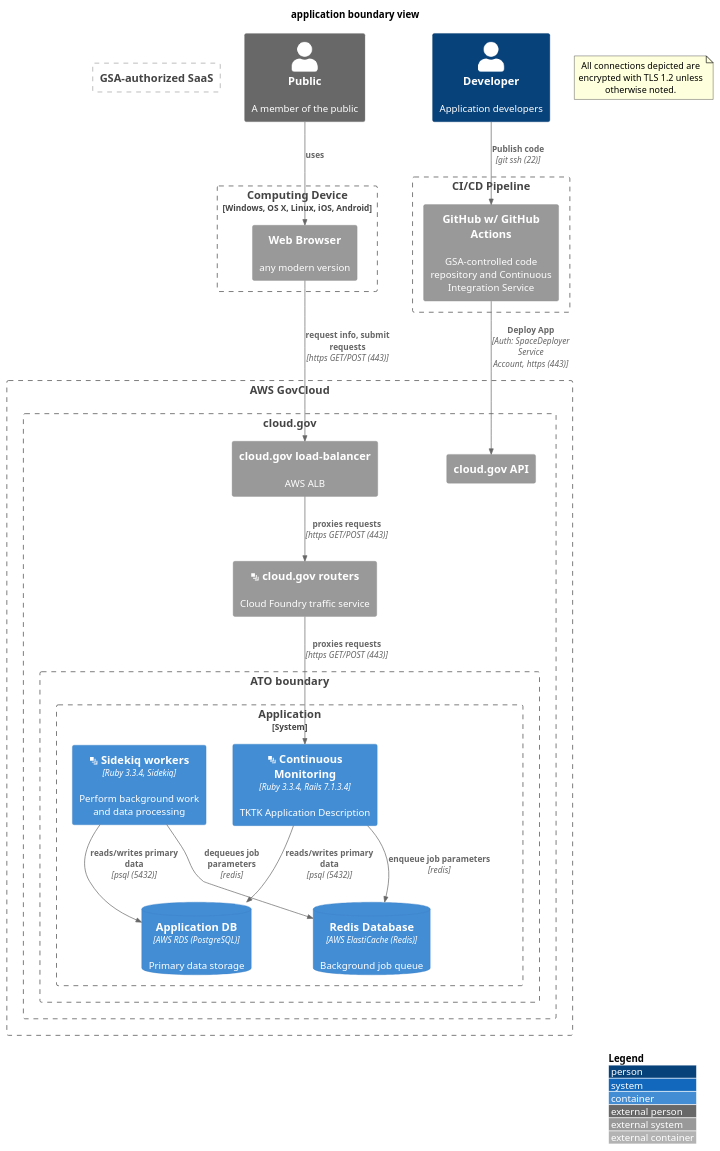
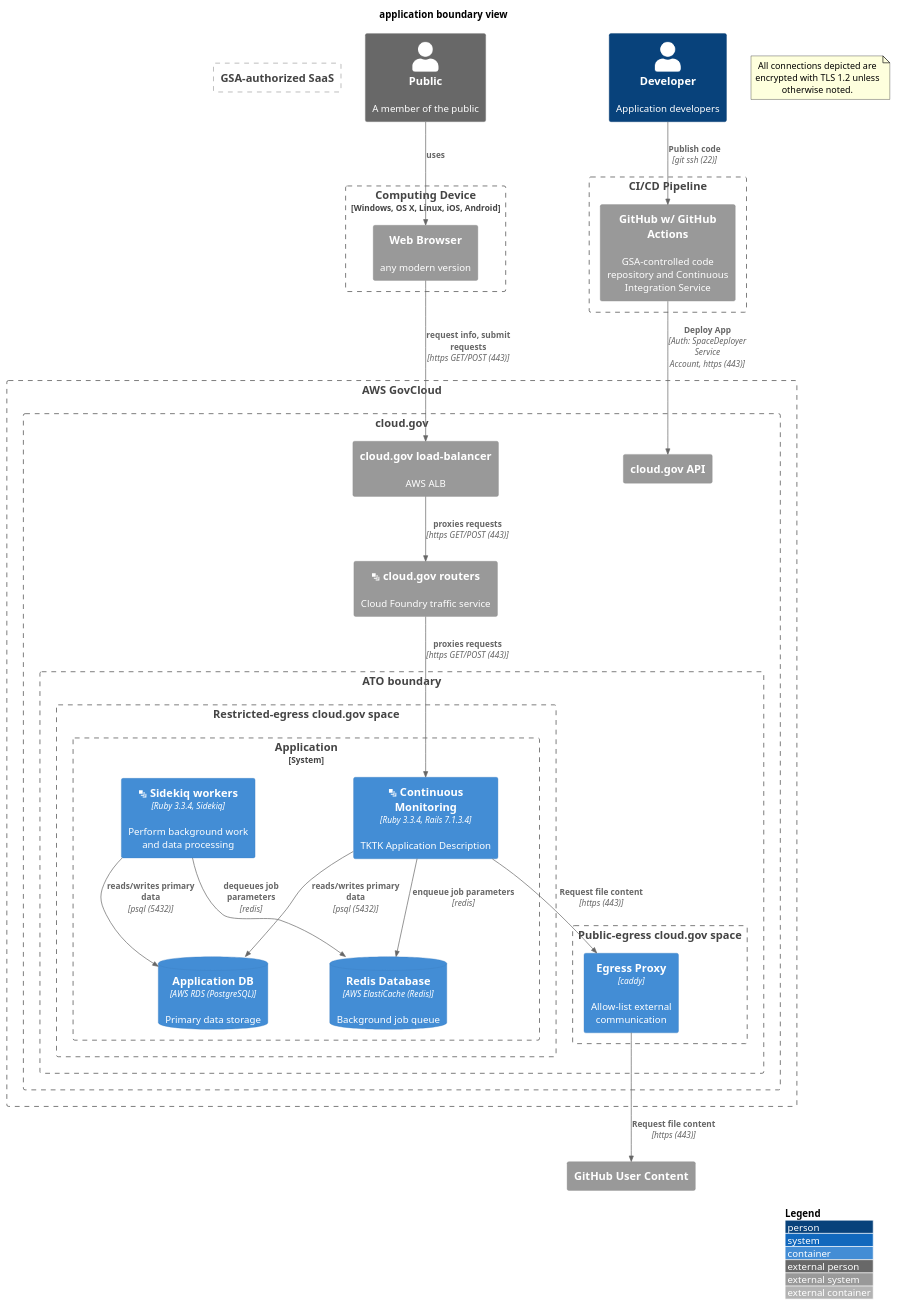
One commit to GSA-TTS/continuous-assessment-poc changed the diagram in doc/compliance/apps/application.boundary.md. Above: the diagram before and after it, drawn with PlantUML. The commit also changed other lines of this file and 9 other files, not shown here.

Commit message:
Deploy and configure egress proxy

````diff
--- a/doc/compliance/apps/application.boundary.md
+++ b/doc/compliance/apps/application.boundary.md
@@ -5,53 +5,64 @@
 ```plantuml
 @startuml
 !include https://raw.githubusercontent.com/plantuml-stdlib/C4-PlantUML/master/C4_Container.puml
 ' uncomment the following line and comment the first to use locally
 ' !include C4_Container.puml
 LAYOUT_WITH_LEGEND()
 title application boundary view
 
 Person_Ext(public, "Public", "A member of the public")
 Person(developer, "Developer", "Application developers")
 
 Boundary(device, "Computing Device", "Windows, OS X, Linux, iOS, Android"){
     System_Ext(browser, "Web Browser", "any modern version")
 }
 Rel(public, browser, "uses", "")
 
 note as EncryptionNote
 All connections depicted are encrypted with TLS 1.2 unless otherwise noted.
 end note
 Boundary(aws, "AWS GovCloud") {
     Boundary(cloudgov, "cloud.gov") {
         System_Ext(cg_api, "cloud.gov API")
         System_Ext(aws_alb, "cloud.gov load-balancer", "AWS ALB")
         System_Ext(cloudgov_router, "<&layers> cloud.gov routers", "Cloud Foundry traffic service")
         Boundary(atob, "ATO boundary") {
-            System_Boundary(inventory, "Application") {
-                Container(app, "<&layers> Continuous Monitoring", "Ruby 3.3.4, Rails 7.1.3.4", "TKTK Application Description")
-                ContainerDb(app_db, "Application DB", "AWS RDS (PostgreSQL)", "Primary data storage")
-                Container(worker, "<&layers> Sidekiq workers", "Ruby 3.3.4, Sidekiq", "Perform background work and data processing")
-                ContainerDb(redis, "Redis Database", "AWS ElastiCache (Redis)", "Background job queue")
+            Boundary(space, "Restricted-egress cloud.gov space") {
+                System_Boundary(inventory, "Application") {
+                    Container(app, "<&layers> Continuous Monitoring", "Ruby 3.3.4, Rails 7.1.3.4", "TKTK Application Description")
+                    ContainerDb(app_db, "Application DB", "AWS RDS (PostgreSQL)", "Primary data storage")
+                    Container(worker, "<&layers> Sidekiq workers", "Ruby 3.3.4, Sidekiq", "Perform background work and data processing")
+                    ContainerDb(redis, "Redis Database", "AWS ElastiCache (Redis)", "Background job queue")
+                }
+            }
+            Boundary(egress, "Public-egress cloud.gov space") {
+                Container(egress_proxy, "Egress Proxy", "caddy", "Allow-list external communication")
             }
         }
     }
 }
+
+System_Ext(external, "GitHub User Content")
 
 Boundary(gsa_saas, "GSA-authorized SaaS") {
 }
 
 Boundary(cicd, "CI/CD Pipeline") {
     System_Ext(githuball, "GitHub w/ GitHub Actions", "GSA-controlled code repository and Continuous Integration Service")
 }
 
 Rel(browser, aws_alb, "request info, submit requests", "https GET/POST (443)")
 Rel(aws_alb, cloudgov_router, "proxies requests", "https GET/POST (443)")
 Rel(cloudgov_router, app, "proxies requests", "https GET/POST (443)")
 Rel(app, app_db, "reads/writes primary data", "psql (5432)")
 Rel(app, redis, "enqueue job parameters", "redis")
 Rel(worker, redis, "dequeues job parameters", "redis")
 Rel(worker, app_db, "reads/writes primary data", "psql (5432)")
+
+Rel(app, egress_proxy, "Request file content", "https (443)")
+Rel(egress_proxy, external, "Request file content", "https (443)")
+
 Rel(developer, githuball, "Publish code", "git ssh (22)")
 Rel(githuball, cg_api, "Deploy App", "Auth: SpaceDeployer Service Account, https (443)")
 @enduml
 ```
````
